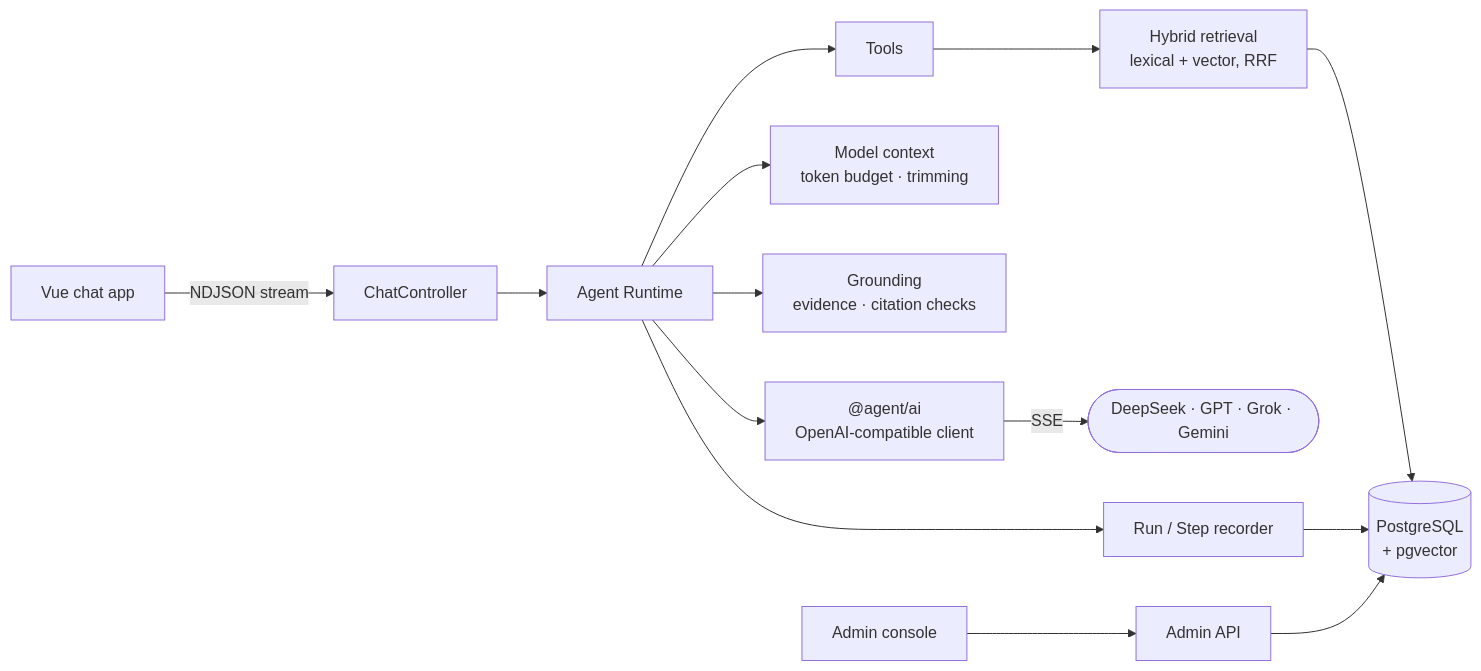
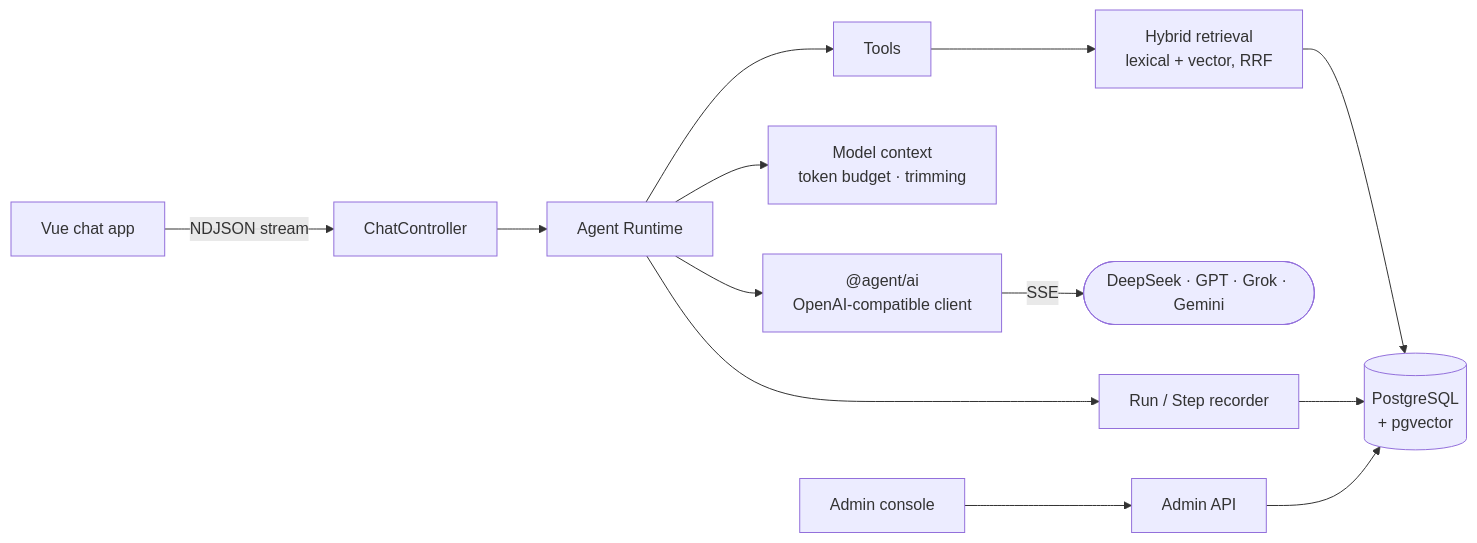
One commit to mufeiyu-ayu/agent changed the diagram in README.md. Above: the diagram before and after it, drawn with Mermaid. The commit also changed other lines of this file and 113 other files, not shown here.

````diff
--- a/README.md
+++ b/README.md
@@ -100,14 +93,13 @@
 ```mermaid
 flowchart LR
     Web[Vue chat app] -->|NDJSON stream| API[ChatController]
     Admin[Admin console] --> AdminAPI[Admin API]
     API --> Runtime[Agent Runtime]
     Runtime --> Context[Model context<br/>token budget · trimming]
-    Runtime --> Grounding[Grounding<br/>evidence · citation checks]
     Runtime --> LLM["@agent/ai<br/>OpenAI-compatible client"]
     LLM -->|SSE| Providers([DeepSeek · GPT · Grok · Gemini])
     Runtime --> Tools[Tools] --> Retrieval[Hybrid retrieval<br/>lexical + vector, RRF]
     Retrieval --> DB[(PostgreSQL<br/>+ pgvector)]
     Runtime --> Recorder[Run / Step recorder] --> DB
     AdminAPI --> DB
 ```
````
